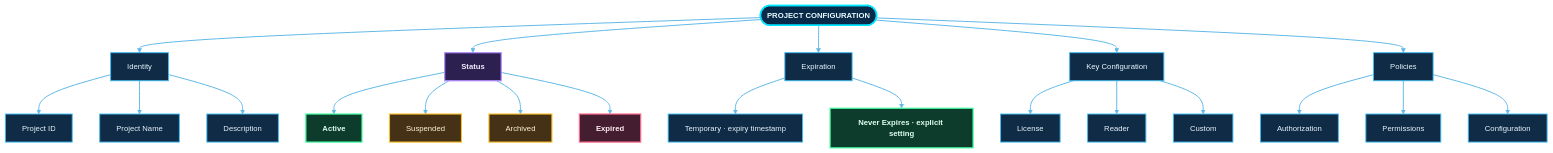
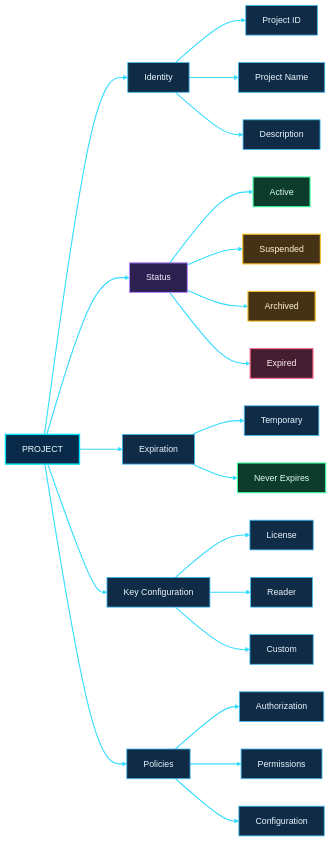
One commit to shajeduzzamanenan992008inc/NexOra-Database-key-Gen changed the sixth of 23 diagrams in README.md. Above: the diagram before and after it, drawn with Mermaid. The commit also changed other lines of this file, not shown here.

````diff
--- a/README.md
+++ b/README.md
@@ -687,48 +679,47 @@
 ```mermaid
-%%{init: {"theme":"base","themeVariables":{"darkMode":true,"background":"#07111f","primaryColor":"#102744","primaryTextColor":"#e8f7ff","primaryBorderColor":"#00d9ff","lineColor":"#62b9e8","secondaryColor":"#261d45","secondaryTextColor":"#f3eaff","secondaryBorderColor":"#a78bfa","tertiaryColor":"#12332b","tertiaryTextColor":"#e0fff1","tertiaryBorderColor":"#41e6a2","fontFamily":"Inter, Segoe UI, sans-serif","fontSize":"14px","edgeLabelBackground":"#101d34","mainBkg":"#102744","nodeBorder":"#00d9ff","clusterBkg":"#0b1930","clusterBorder":"#6f7dff","actorBkg":"#102744","actorBorder":"#00d9ff","actorTextColor":"#e8f7ff","signalColor":"#64d8ff","signalTextColor":"#e8f7ff","noteBkgColor":"#0e332b","noteBorderColor":"#41e6a2","noteTextColor":"#e0fff1"}}}%%
-flowchart TB
-    PROJECT(["PROJECT CONFIGURATION"]) --> ID["Identity"]
-    PROJECT --> STATUS["Status"]
-    PROJECT --> EXP["Expiration"]
-    PROJECT --> KEYCFG["Key Configuration"]
-    PROJECT --> POLICY["Policies"]
+flowchart LR
+    PJ["PROJECT"] --> ID["Identity"]
+    PJ --> ST["Status"]
+    PJ --> EX["Expiration"]
+    PJ --> KC["Key Configuration"]
+    PJ --> PO["Policies"]
 
     ID --> ID1["Project ID"]
     ID --> ID2["Project Name"]
     ID --> ID3["Description"]
 
-    STATUS --> S1["Active"]
-    STATUS --> S2["Suspended"]
-    STATUS --> S3["Archived"]
-    STATUS --> S4["Expired"]
+    ST --> ST1["Active"]
+    ST --> ST2["Suspended"]
+    ST --> ST3["Archived"]
+    ST --> ST4["Expired"]
 
-    EXP --> E1["Temporary · expiry timestamp"]
-    EXP --> E2["Never Expires · explicit setting"]
+    EX --> EX1["Temporary"]
+    EX --> EX2["Never Expires"]
 
-    KEYCFG --> K1["License"]
-    KEYCFG --> K2["Reader"]
-    KEYCFG --> K3["Custom"]
+    KC --> KC1["License"]
+    KC --> KC2["Reader"]
+    KC --> KC3["Custom"]
 
-    POLICY --> P1["Authorization"]
-    POLICY --> P2["Permissions"]
-    POLICY --> P3["Configuration"]
+    PO --> PO1["Authorization"]
+    PO --> PO2["Permissions"]
+    PO --> PO3["Configuration"]
 
-
-    %% OMEGA NEX-ORA · ULTRA NEON DESIGN SYSTEM
-    classDef nxCore fill:#092b49,stroke:#00e5ff,stroke-width:2.8px,color:#e9fbff,font-weight:bold;
-    classDef nxProcess fill:#102b45,stroke:#3dbcf5,stroke-width:1.7px,color:#e9f6ff;
-    classDef nxDecision fill:#2b2050,stroke:#b38cff,stroke-width:2.2px,color:#f3edff,font-weight:bold;
-    classDef nxSuccess fill:#0d3b2c,stroke:#3fffa0,stroke-width:2.2px,color:#e0fff0,font-weight:bold;
-    classDef nxDanger fill:#451d30,stroke:#ff6688,stroke-width:2.2px,color:#fff0f3,font-weight:bold;
+    %% OMEGA NEX-ORA visual classes
+    %% OMEGA NEX-ORA / ULTRA NEON PALETTE
+    classDef nxCore fill:#092b49,stroke:#00e5ff,stroke-width:2.5px,color:#e9fbff;
+    classDef nxProcess fill:#102b45,stroke:#3dbcf5,stroke-width:1.5px,color:#e9f6ff;
+    classDef nxDecision fill:#2b2050,stroke:#b38cff,stroke-width:2px,color:#f3edff;
+    classDef nxSuccess fill:#0d3b2c,stroke:#3fffa0,stroke-width:2px,color:#e0fff0;
+    classDef nxDanger fill:#451d30,stroke:#ff6688,stroke-width:2px,color:#fff0f3;
     classDef nxData fill:#12352d,stroke:#63e6be,stroke-width:2px,color:#e1fff5;
     classDef nxExternal fill:#2b2149,stroke:#c4a5ff,stroke-width:2px,color:#f3ecff;
     classDef nxInfo fill:#17253e,stroke:#91a7c9,stroke-width:1.5px,color:#e5efff;
     classDef nxWarning fill:#453116,stroke:#fbbf24,stroke-width:2px,color:#fff6d6;
-    linkStyle default stroke:#62b9e8,stroke-width:1.8px;
-    class PROJECT nxCore;
-    class ID,EXP,KEYCFG,POLICY,ID1,ID2,ID3,E1,K1,K2,K3,P1,P2,P3 nxProcess;
-    class STATUS nxDecision;
-    class S1,E2 nxSuccess;
-    class S2,S3 nxWarning;
-    class S4 nxDanger;
+    class PJ nxCore;
+    class ID,EX,KC,PO,ID1,ID2,ID3,EX1,KC1,KC2,KC3,PO1,PO2,PO3 nxProcess;
+    class ST nxDecision;
+    class ST1,EX2 nxSuccess;
+    class ST2,ST3 nxWarning;
+    class ST4 nxDanger;
+    linkStyle default stroke:#35dcff,stroke-width:2px;
 ```
````
